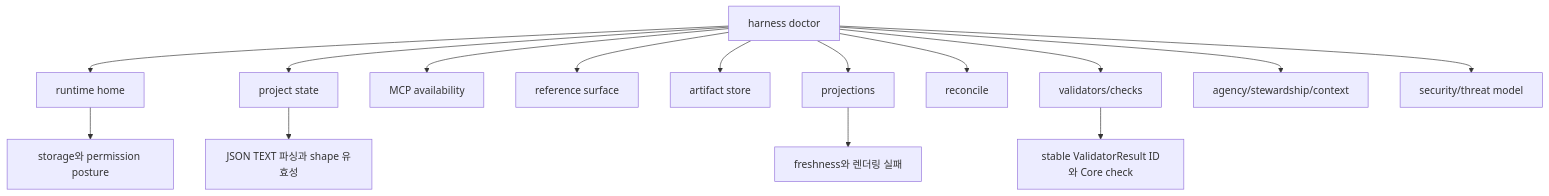
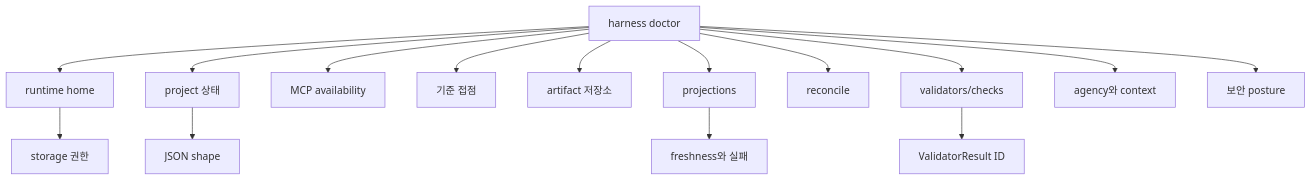
Before and after one commit to minjungw00/Harness_Project: the fifth of 11 diagrams in docs/ko/reference/operations-and-conformance.md, drawn with Mermaid. The commit also changed other lines of this file and 20 other files, not shown here.

Commit message:
docs: refresh diagrams for staged authority model

````diff
--- a/docs/ko/reference/operations-and-conformance.md
+++ b/docs/ko/reference/operations-and-conformance.md
@@ -270,17 +270,17 @@
 ```mermaid
 flowchart TD
   Doctor["harness doctor"] --> Runtime["runtime home"]
-  Doctor --> State["project state"]
+  Doctor --> State["project 상태"]
   Doctor --> MCP["MCP availability"]
-  Doctor --> Surface["reference surface"]
-  Doctor --> Artifacts["artifact store"]
+  Doctor --> Surface["기준 접점"]
+  Doctor --> Artifacts["artifact 저장소"]
   Doctor --> Projections["projections"]
   Doctor --> Reconcile["reconcile"]
   Doctor --> Validators["validators/checks"]
-  Doctor --> Agency["agency/stewardship/context"]
-  Doctor --> Security["security/threat model"]
-  Runtime --> Perms["storage와 permission posture"]
-  State --> JSON["JSON TEXT 파싱과 shape 유효성"]
-  Projections --> Freshness["freshness와 렌더링 실패"]
-  Validators --> Stable["stable ValidatorResult ID와 Core check"]
+  Doctor --> Agency["agency와 context"]
+  Doctor --> Security["보안 posture"]
+  Runtime --> Perms["storage 권한"]
+  State --> JSON["JSON shape"]
+  Projections --> Freshness["freshness와 실패"]
+  Validators --> Stable["ValidatorResult ID"]
 ```
````
